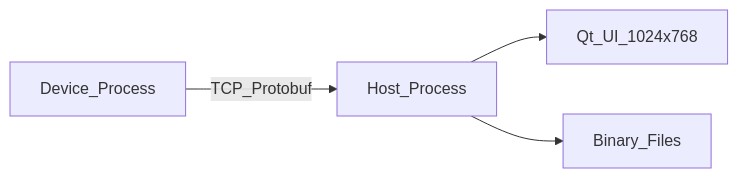
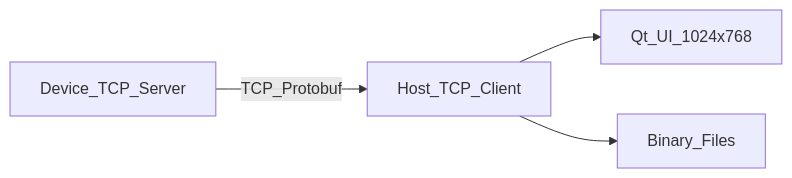
The diagram in docs/SRS.md (BoydWPaine/MiniPatientMonitor), drawn with Mermaid before and after one commit. The commit also changed other lines of this file and 6 other files, not shown here.

````diff
--- a/docs/SRS.md
+++ b/docs/SRS.md
@@ -49,6 +53,6 @@
 ```mermaid
 flowchart LR
-    Device[Device_Process] -->|TCP_Protobuf| Host[Host_Process]
+    Device[Device_TCP_Server] -->|TCP_Protobuf| Host[Host_TCP_Client]
     Host --> UI[Qt_UI_1024x768]
     Host --> Storage[Binary_Files]
 ```
````
